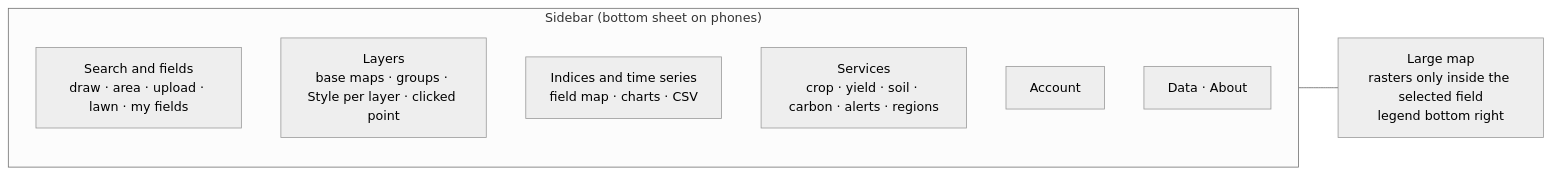
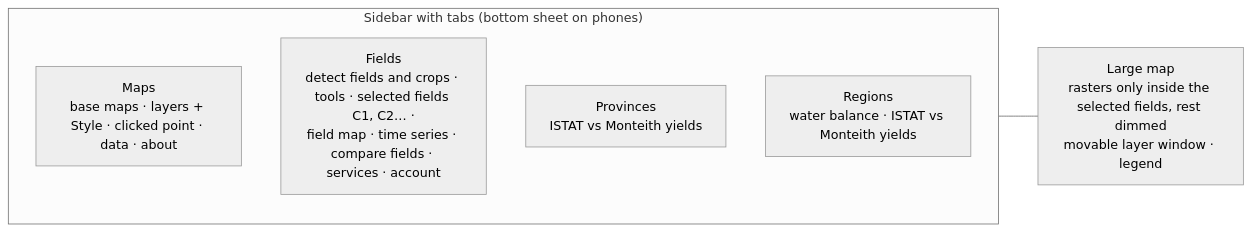
One commit to francescorossi3/campi-aperti changed the second of 5 diagrams in docs/HOW_IT_WORKS.md. Above: the diagram before and after it, drawn with Mermaid (neutral theme). The commit also changed other lines of this file and 1 other file, not shown here.

Commit message:
docs: tab, più campi, confronto e scatter, resa per annata, rese per regione, PAW, finestra dei livelli

````diff
--- a/docs/HOW_IT_WORKS.md
+++ b/docs/HOW_IT_WORKS.md
@@ -37,12 +37,10 @@
 ```mermaid
 flowchart LR
-  subgraph Sidebar["Sidebar (bottom sheet on phones)"]
-    s1[Search and fields<br/>draw · area · upload · lawn · my fields]
-    s2[Layers<br/>base maps · groups · Style per layer · clicked point]
-    s3[Indices and time series<br/>field map · charts · CSV]
-    s4[Services<br/>crop · yield · soil · carbon · alerts · regions]
-    s5[Account]
-    s6[Data · About]
+  subgraph Sidebar["Sidebar with tabs (bottom sheet on phones)"]
+    t1[Maps<br/>base maps · layers + Style · clicked point · data · about]
+    t2[Fields<br/>detect fields and crops · tools · selected fields C1, C2… ·<br/>field map · time series · compare fields · services · account]
+    t3[Provinces<br/>ISTAT vs Monteith yields]
+    t4[Regions<br/>water balance · ISTAT vs Monteith yields]
   end
-  Sidebar --- M[Large map<br/>rasters only inside the selected field<br/>legend bottom right]
+  Sidebar --- M[Large map<br/>rasters only inside the selected fields, rest dimmed<br/>movable layer window · legend]
 ```
````
